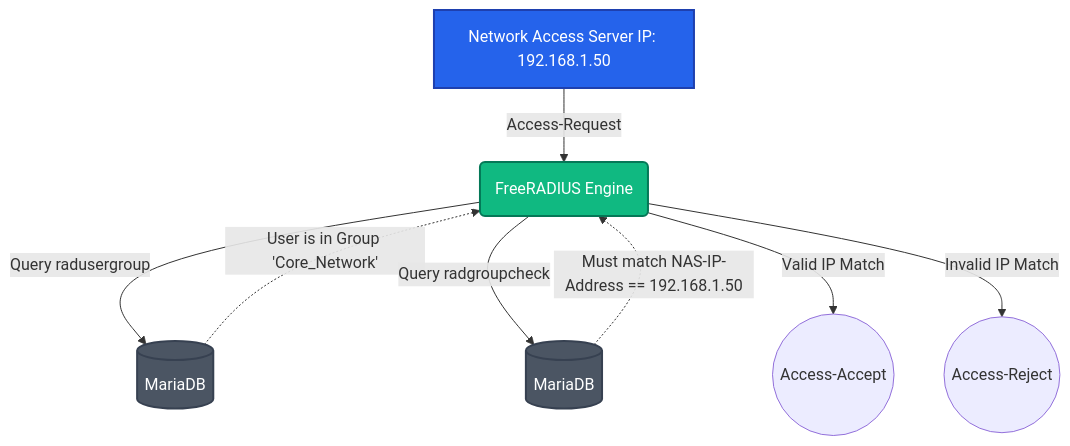
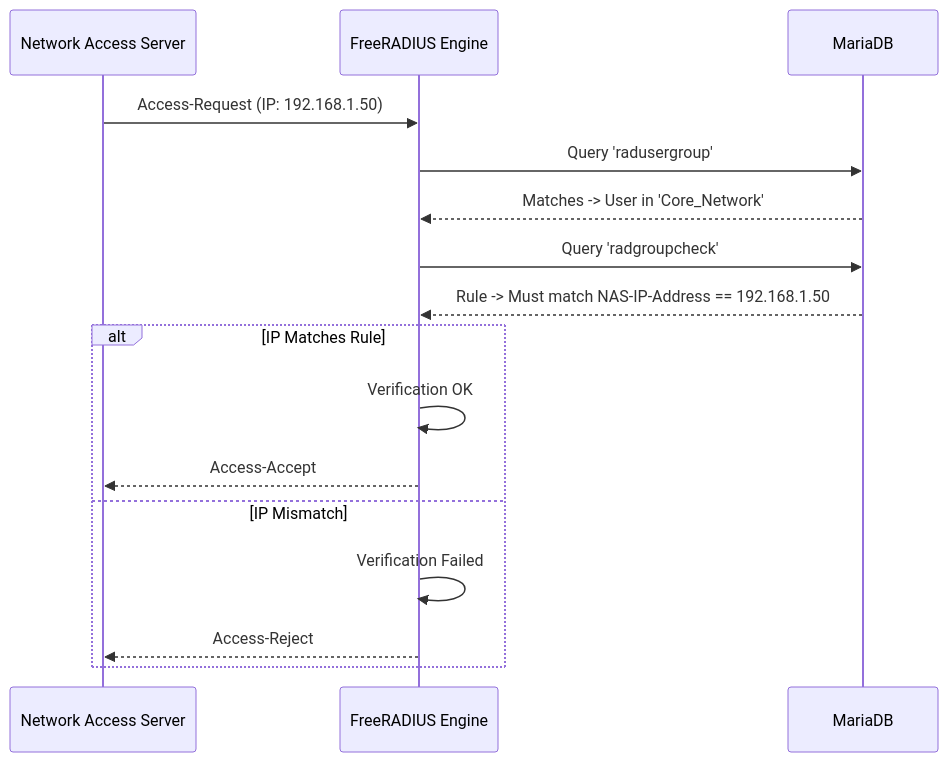
One commit to alexandervazquez98/ZeroRadius changed the diagram in docs/01-nas-provisioning.md. Above: the diagram before and after it, drawn with Mermaid.

Commit message:
docs(core): refactor 01-nas-provisioning diagram to sequence for better layout

````diff
--- a/docs/01-nas-provisioning.md
+++ b/docs/01-nas-provisioning.md
@@ -17,16 +17,22 @@
 ```mermaid
-flowchart TD
-    NAS[Network Access Server IP: 192.168.1.50] -->|Access-Request| AAA(FreeRADIUS Engine)
-    AAA -->|Query radusergroup| DB[(MariaDB)]
-    DB -.->|User is in Group 'Core_Network'| AAA
-    AAA -->|Query radgroupcheck| DB2[(MariaDB)]
-    DB2 -.->|Must match NAS-IP-Address == 192.168.1.50| AAA
+sequenceDiagram
+    participant NAS as Network Access Server
+    participant AAA as FreeRADIUS Engine
+    participant DB as MariaDB
+
+    NAS->>AAA: Access-Request (IP: 192.168.1.50)
     
-    AAA -- Valid IP Match --> ACCEPT((Access-Accept))
-    AAA -- Invalid IP Match --> REJECT((Access-Reject))
+    AAA->>DB: Query 'radusergroup'
+    DB-->>AAA: Matches -> User in 'Core_Network'
     
-    style NAS fill:#2563eb,stroke:#1e40af,stroke-width:2px,color:#fff
-    style AAA fill:#10b981,stroke:#047857,stroke-width:2px,color:#fff
-    style DB fill:#4b5563,stroke:#374151,stroke-width:2px,color:#fff
-    style DB2 fill:#4b5563,stroke:#374151,stroke-width:2px,color:#fff
+    AAA->>DB: Query 'radgroupcheck'
+    DB-->>AAA: Rule -> Must match NAS-IP-Address == 192.168.1.50
+    
+    alt IP Matches Rule
+        AAA->>AAA: Verification OK
+        AAA-->>NAS: Access-Accept
+    else IP Mismatch
+        AAA->>AAA: Verification Failed
+        AAA-->>NAS: Access-Reject
+    end
 ```
````
